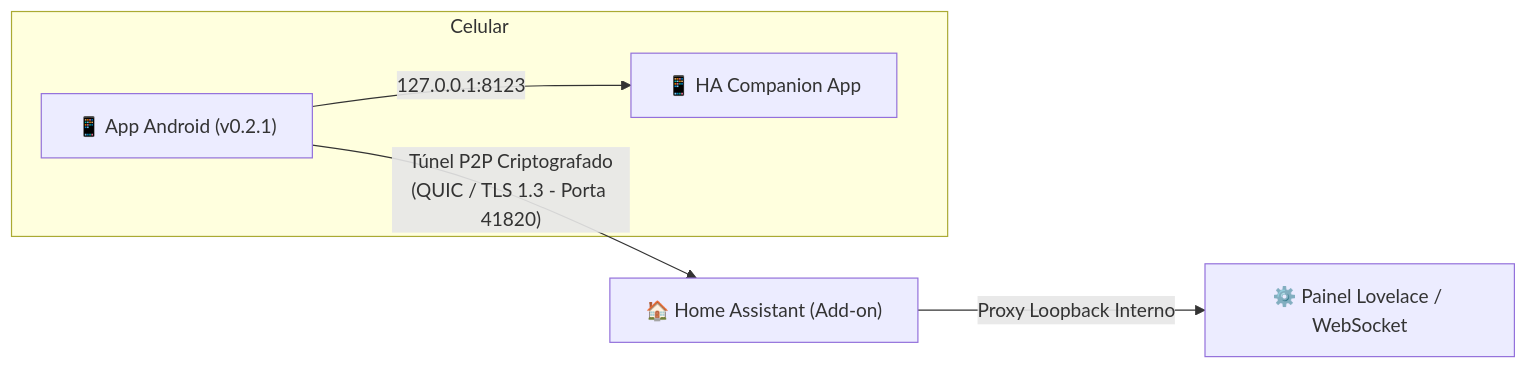
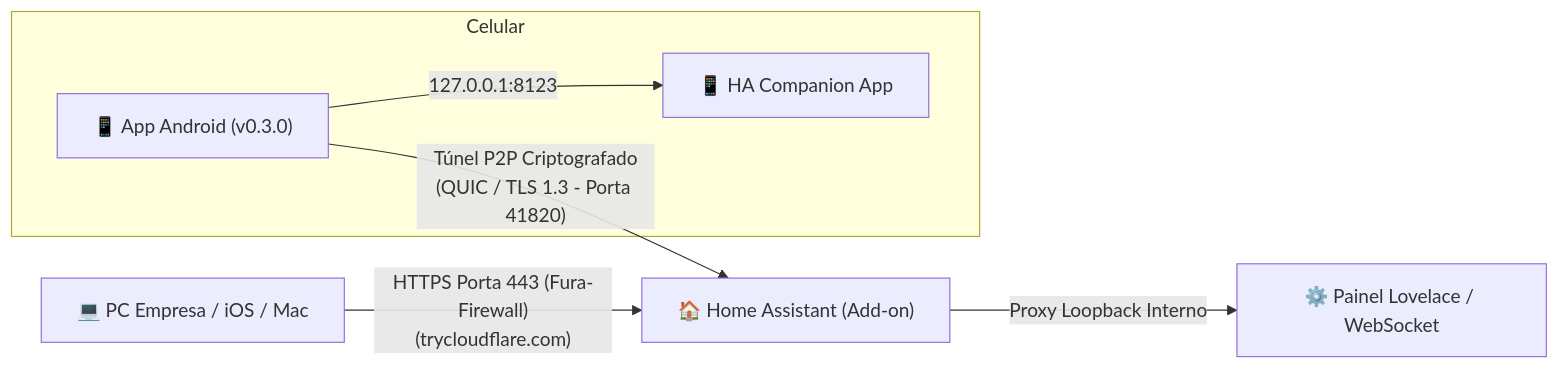
One commit to jhona1234-del/HA-P2P-Tunnel changed the diagram in ha_p2p_tunnel/DOCS.md. Above: the diagram before and after it, drawn with Mermaid. The commit also changed other lines of this file and 4 other files, not shown here.

````diff
--- a/ha_p2p_tunnel/DOCS.md
+++ b/ha_p2p_tunnel/DOCS.md
@@ -24,8 +24,9 @@
 ```mermaid
 flowchart LR
-    A["📱 App Android (v0.2.1)"] -->|"Túnel P2P Criptografado<br>(QUIC / TLS 1.3 - Porta 41820)"| B["🏠 Home Assistant (Add-on)"]
+    A["📱 App Android (v0.3.0)"] -->|"Túnel P2P Criptografado<br>(QUIC / TLS 1.3 - Porta 41820)"| B["🏠 Home Assistant (Add-on)"]
+    W["💻 PC Empresa / iOS / Mac"] -->|"HTTPS Porta 443 (Fura-Firewall)<br>(trycloudflare.com)"| B
     B -->|"Proxy Loopback Interno"| C["⚙️ Painel Lovelace / WebSocket"]
     subgraph Celular
     A -->|"127.0.0.1:8123"| D["📱 HA Companion App"]
     end
 ```
````
